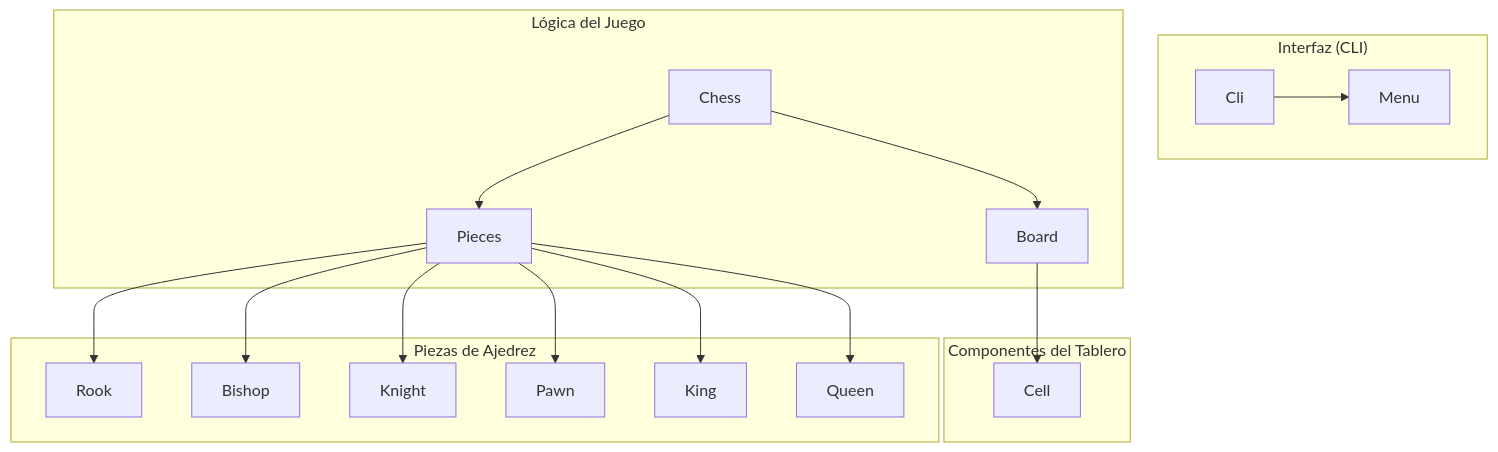
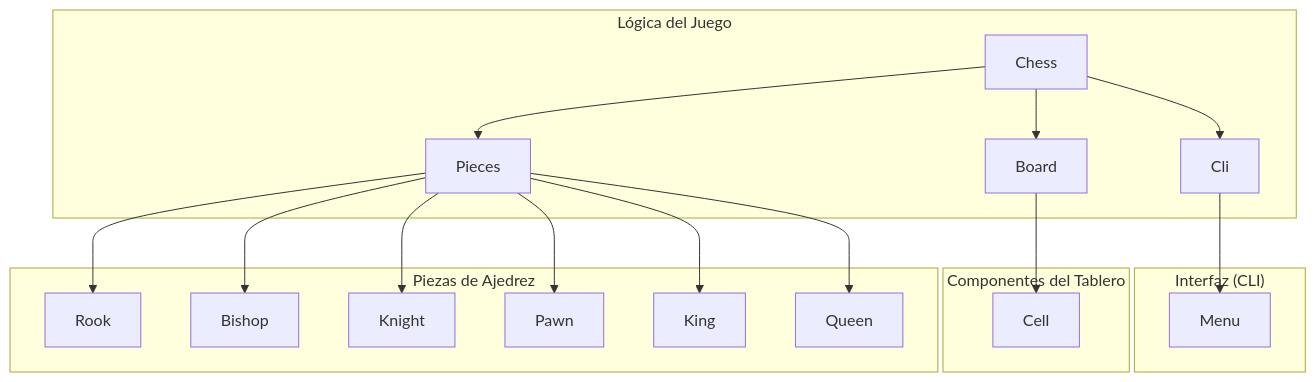
Before and after one commit to um-computacion-tm/ajedrez-2024-AugustoGiuffrida: the diagram in README.md, drawn with Mermaid.

````diff
--- a/README.md
+++ b/README.md
@@ -67,26 +67,27 @@
 ```mermaid
 graph TD;
     
-    subgraph "Interfaz (CLI)"
-        Cli --> Menu
-    end
-
     subgraph "Lógica del Juego"
         Chess --> Board
         Chess --> Pieces
+        Chess --> Cli
+    end
+
+    subgraph "Interfaz (CLI)"
+        Cli --> Menu
     end
 
     subgraph "Componentes del Tablero"
         Board --> Cell
     end
 
     subgraph "Piezas de Ajedrez"
         Pieces --> Rook
         Pieces --> Bishop
         Pieces --> Knight
         Pieces --> Pawn
         Pieces --> King
         Pieces --> Queen
     end
 
 ```
````
